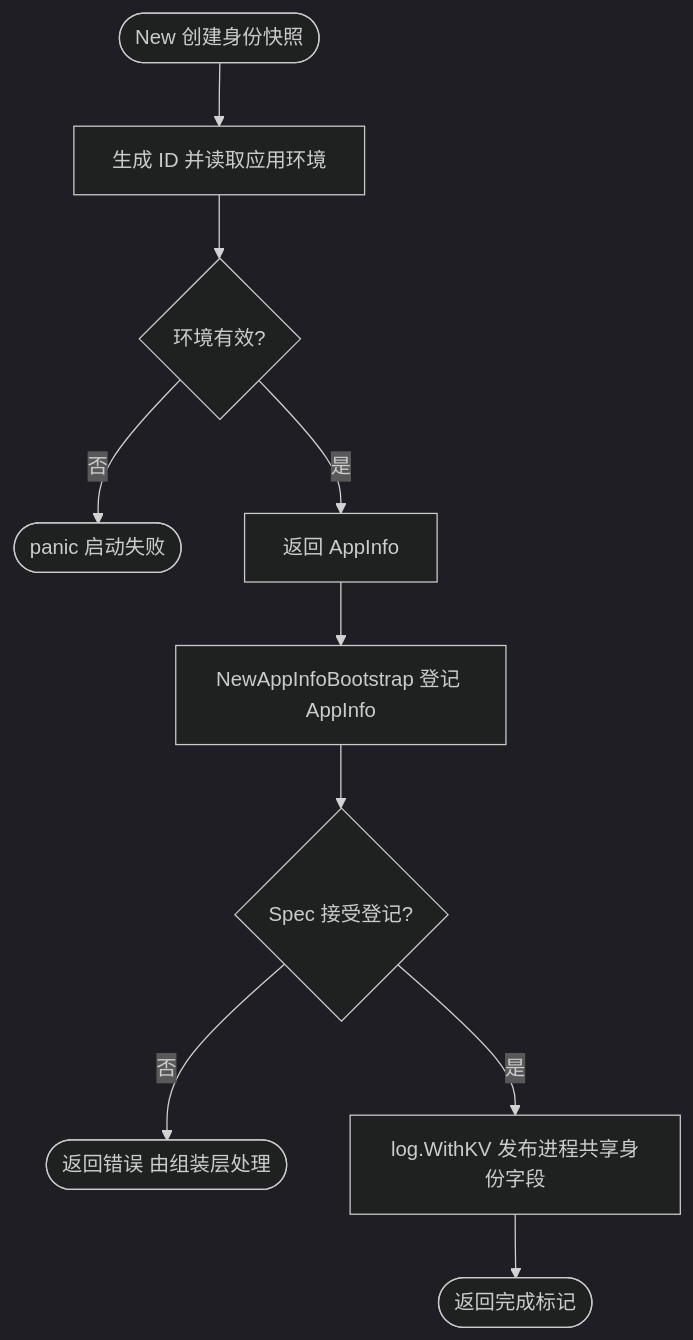
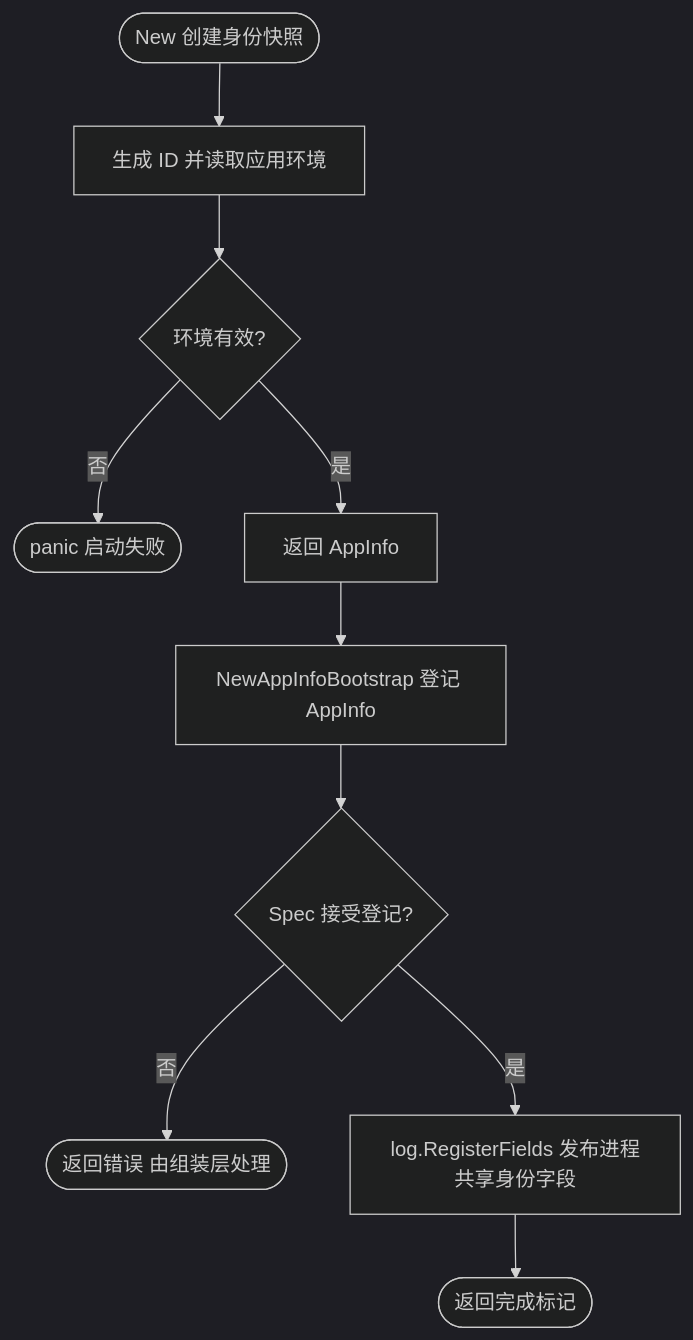
One commit to jaggerzhuang1994/kratos-foundation changed the diagram in pkg/appinfo/README.md. Above: the diagram before and after it, drawn with Mermaid (dark theme). The commit also changed other lines of this file and 290 other files, not shown here.

````diff
--- a/pkg/appinfo/README.md
+++ b/pkg/appinfo/README.md
@@ -26,12 +26,12 @@
 ```mermaid
 flowchart TD
     A([New 创建身份快照]) --> B[生成 ID 并读取应用环境]
     B --> C{环境有效?}
     C -- 否 --> D([panic 启动失败])
     C -- 是 --> E[返回 AppInfo]
     E --> F[NewAppInfoBootstrap 登记 AppInfo]
     F --> G{Spec 接受登记?}
     G -- 否 --> H([返回错误 由组装层处理])
-    G -- 是 --> I[log.WithKV 发布进程共享身份字段]
+    G -- 是 --> I[log.RegisterFields 发布进程共享身份字段]
     I --> J([返回完成标记])
 ```
````
